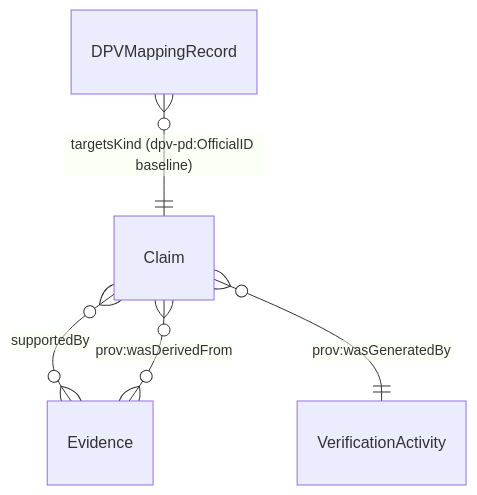
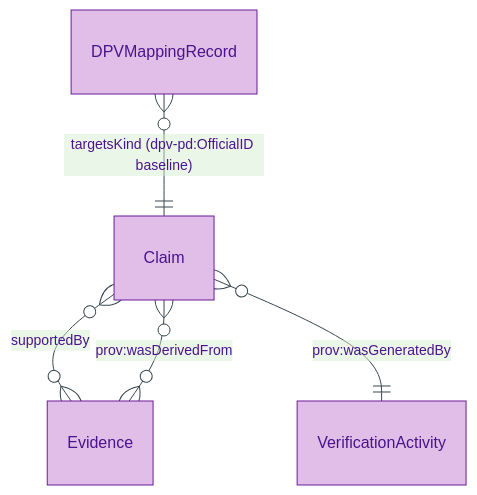
One commit to sparkling/opda changed the diagram in docs/manual/logical/claim/claim.md. Above: the diagram before and after it, drawn with Mermaid. The commit also changed other lines of this file and 179 other files, not shown here.

First line of the commit message:
docs(manual): Logical-tier diagram expansion via /diagramming skill

````diff
--- a/docs/manual/logical/claim/claim.md
+++ b/docs/manual/logical/claim/claim.md
@@ -39,7 +44,11 @@
 ```mermaid
+%%{init: {"theme": "base", "themeVariables": {"primaryColor": "#E1BEE7", "primaryTextColor": "#4A148C", "primaryBorderColor": "#6A1B9A", "lineColor": "#37474F"}}}%%
 erDiagram
+    accTitle: Claim — Entity-Relationship Diagram
+    accDescr: Direct-neighbour view of Claim — supportedBy Evidence with PROV-O wasDerivedFrom convenience, generated by VerificationActivity, targeted by DPVMappingRecord under the OfficialID baseline.
+
     Claim }o--o{ Evidence : "supportedBy"
     Claim }o--o{ Evidence : "prov:wasDerivedFrom"
     Claim }o--|| VerificationActivity : "prov:wasGeneratedBy"
     DPVMappingRecord }o--|| Claim : "targetsKind (dpv-pd:OfficialID baseline)"
 ```
````
